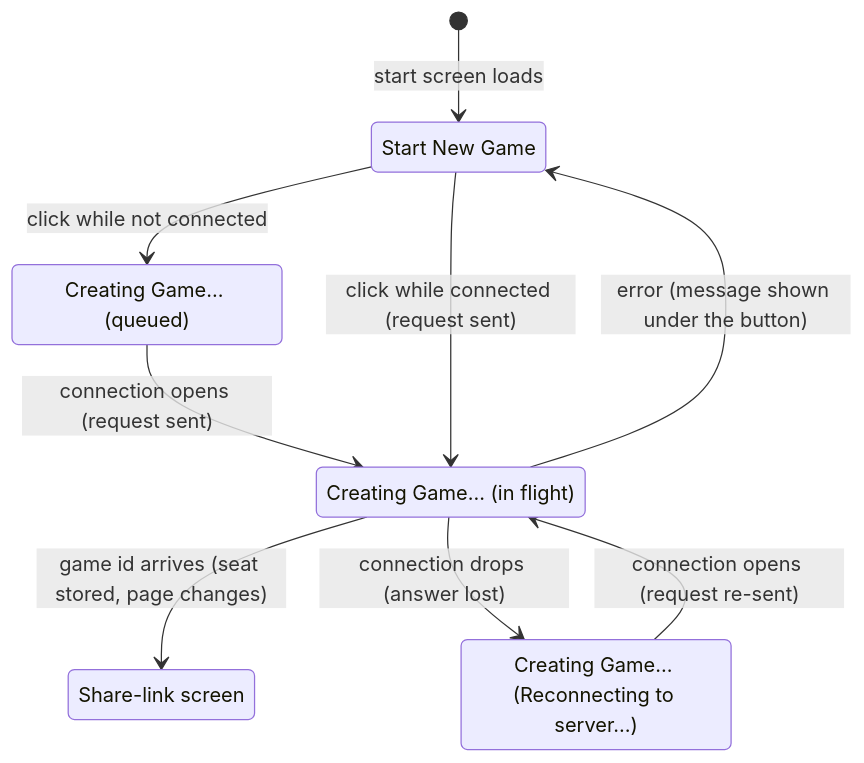
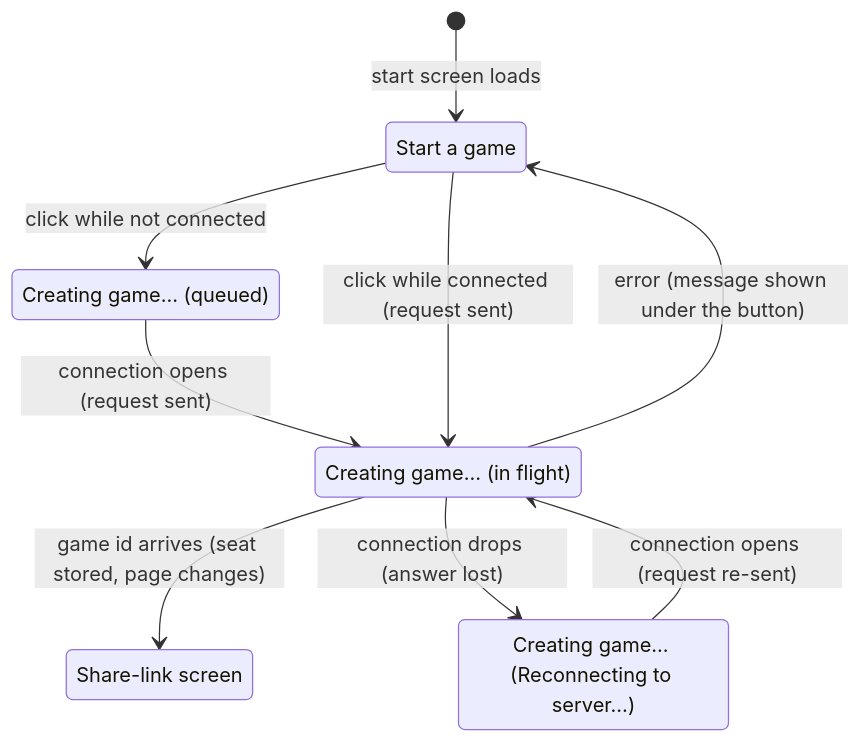
One commit to howard36/3d-chess changed the diagram in product-description/start/creating-a-game.md. Above: the diagram before and after it, drawn with Mermaid. The commit also changed other lines of this file and 3 other files, not shown here.

````diff
--- a/product-description/start/creating-a-game.md
+++ b/product-description/start/creating-a-game.md
@@ -17,16 +36,16 @@
 ```mermaid
 stateDiagram-v2
-    state "Start New Game" as ready
-    state "Creating Game... (queued)" as queued
-    state "Creating Game... (in flight)" as creating
-    state "Creating Game... (Reconnecting to server…)" as retrying
+    state "Start a game" as ready
+    state "Creating game… (queued)" as queued
+    state "Creating game… (in flight)" as creating
+    state "Creating game… (Reconnecting to server…)" as retrying
     state "Share-link screen" as share
     [*] --> ready : start screen loads
     ready --> queued : click while not connected
     queued --> creating : connection opens (request sent)
     ready --> creating : click while connected (request sent)
     creating --> share : game id arrives (seat stored, page changes)
     creating --> ready : error (message shown under the button)
     creating --> retrying : connection drops (answer lost)
     retrying --> creating : connection opens (request re-sent)
 ```
````
